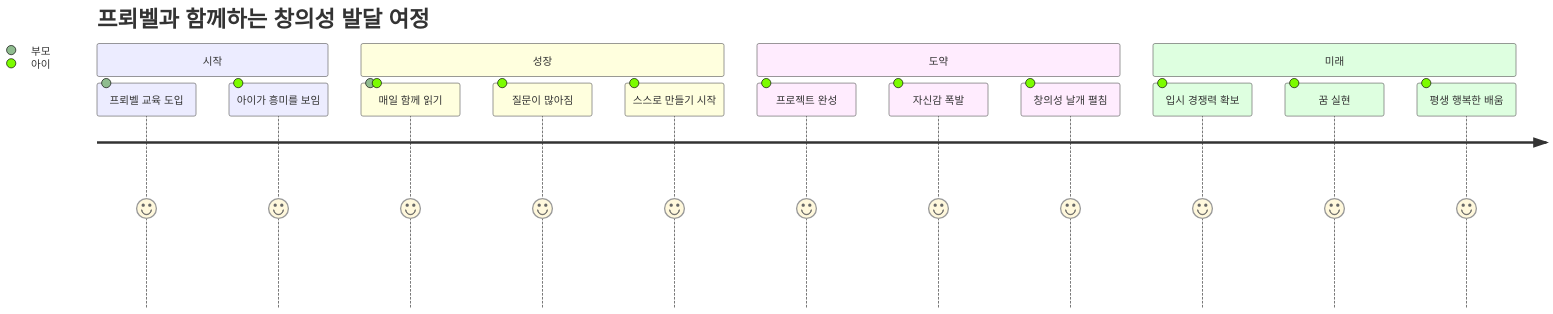
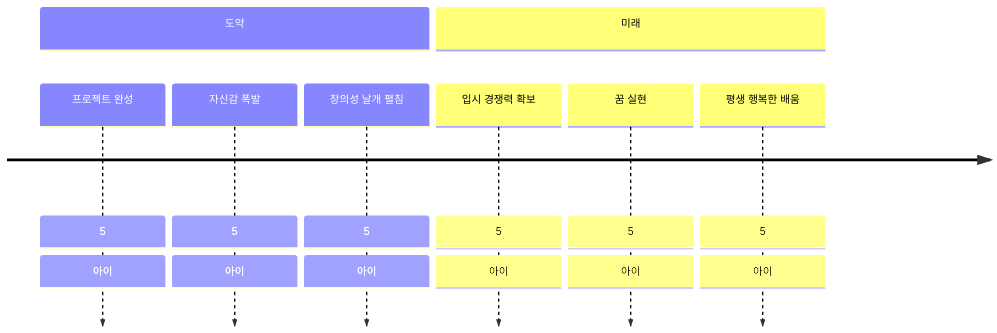
Diagram 35 of 35 in 3단계_프뢰벨_FAQ_핵심가치.md (Collegenie-X/froebel), drawn with Mermaid before and after one commit. The commit also changed other lines of this file and 5 other files, not shown here.

````diff
--- a/3단계_프뢰벨_FAQ_핵심가치.md
+++ b/3단계_프뢰벨_FAQ_핵심가치.md
@@ -1969,19 +1960,11 @@
 ```mermaid
-journey
-    title 프뢰벨과 함께하는 창의성 발달 여정
-    section 시작
-      프뢰벨 교육 도입: 5: 부모
-      아이가 흥미를 보임: 5: 아이
-    section 성장
-      매일 함께 읽기: 5: 부모, 아이
-      질문이 많아짐: 5: 아이
-      스스로 만들기 시작: 5: 아이
+timeline
     section 도약
       프로젝트 완성: 5: 아이
       자신감 폭발: 5: 아이
       창의성 날개 펼침: 5: 아이
     section 미래
       입시 경쟁력 확보: 5: 아이
       꿈 실현: 5: 아이
       평생 행복한 배움: 5: 아이
 ```
````
